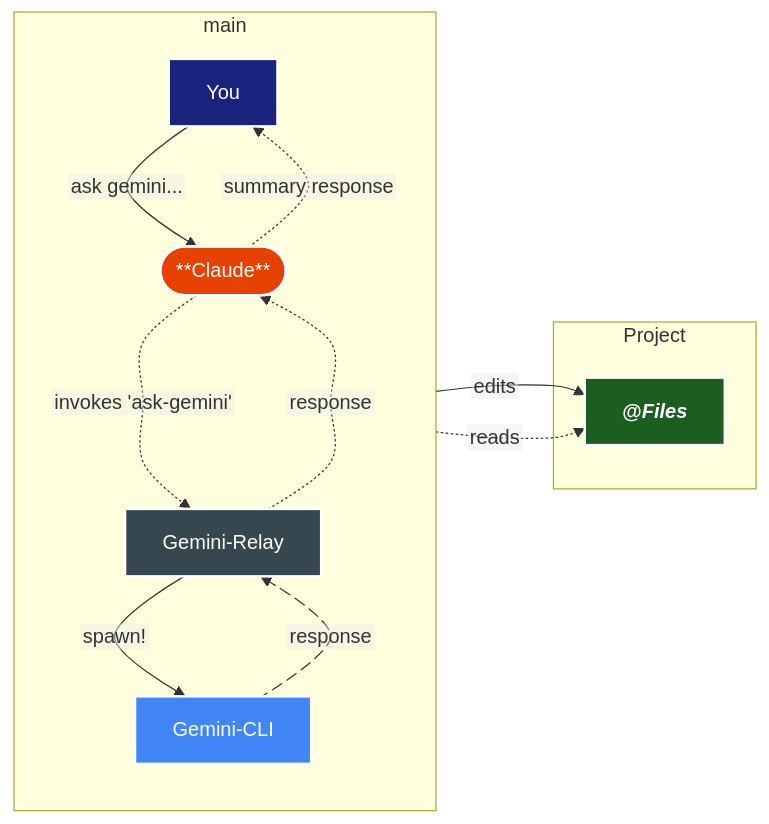
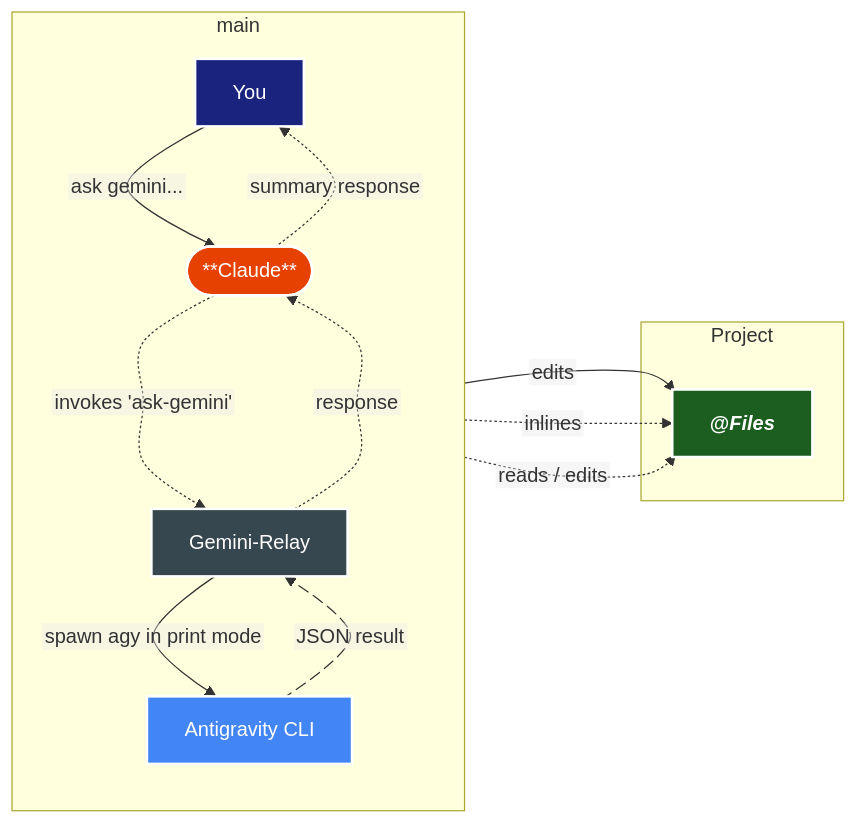
Before and after one commit to V-Songbird/gemini-relay: the diagram in docs/concepts/how-it-works.md, drawn with Mermaid. The commit also changed other lines of this file and 57 other files, not shown here.

````diff
--- a/docs/concepts/how-it-works.md
+++ b/docs/concepts/how-it-works.md
@@ -19,33 +10,34 @@
 ```mermaid
 ---
 config:
   flowchart:
     htmlLabels: false
     curve: cardinal
 ---
 flowchart LR
     subgraph main
         direction TB
         A[You] --> |"ask gemini..."| B([**Claude**])
         B -..-> |"invokes 'ask-gemini'"| C["Gemini-Relay"]
-        C --> |"spawn!"| D[Gemini-CLI]
-        D e1@-.-> |"response"| C
+        C --> |"spawn agy in print mode"| D[Antigravity CLI]
+        D e1@-.-> |"JSON result"| C
         C -.-> |"response"| B
         B -.-> |"summary response"| A
         e1@{ animate: true }
     end
     subgraph Project
         B --> |"edits"| E["`**@*Files***`"]
-        D -.-> |"reads"| E
+        C -.-> |"inlines"| E
+        D -.-> |"reads / edits"| E
     end
     classDef userNode fill:#1a237e,stroke:#fff,color:#fff,stroke-width:2px
     classDef claudeNode fill:#e64100,stroke:#fff,color:#fff,stroke-width:2px
     classDef geminiNode fill:#4285f4,stroke:#fff,color:#fff,stroke-width:2px
     classDef mcpNode fill:#37474f,stroke:#fff,color:#fff,stroke-width:2px
     classDef dataNode fill:#1b5e20,stroke:#fff,color:#fff,stroke-width:2px
     class A userNode
     class B claudeNode
     class C mcpNode
     class D geminiNode
     class E dataNode
 ```
````
